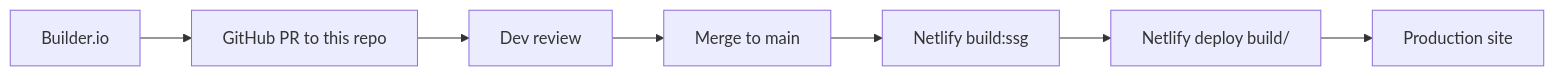
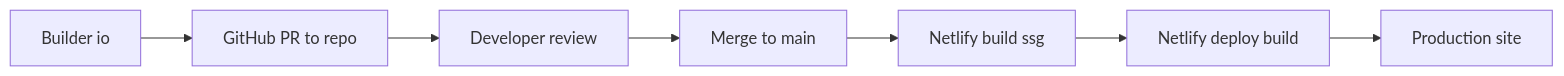
The first of 2 diagrams in README.md (RankBee/marketing-builder-io), drawn with Mermaid before and after one commit. The commit also changed other lines of this file and 1 other file, not shown here.

````diff
--- a/README.md
+++ b/README.md
@@ -143,9 +178,9 @@
 ```mermaid
 flowchart LR
-  Designer[Builder.io] --> PR[GitHub PR to this repo]
-  PR --> Review[Dev review]
+  Designer[Builder io] --> PR[GitHub PR to repo]
+  PR --> Review[Developer review]
   Review --> Merge[Merge to main]
-  Merge --> BuildSSG[Netlify build:ssg]
-  BuildSSG --> Deploy[Netlify deploy build/]
+  Merge --> BuildSSG[Netlify build ssg]
+  BuildSSG --> Deploy[Netlify deploy build]
   Deploy --> Live[Production site]
 ```
````
